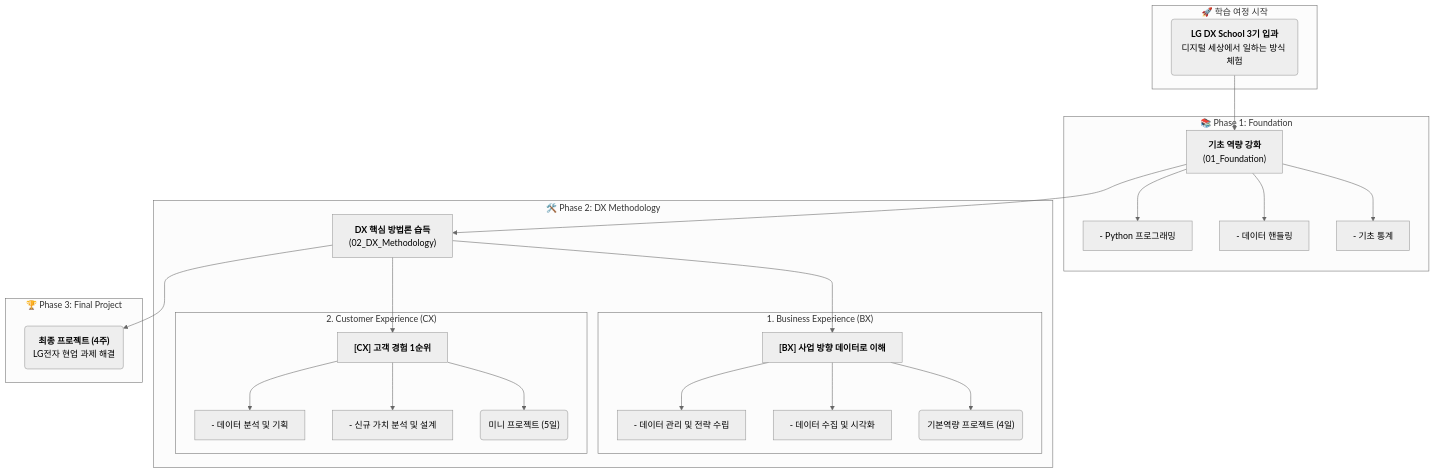
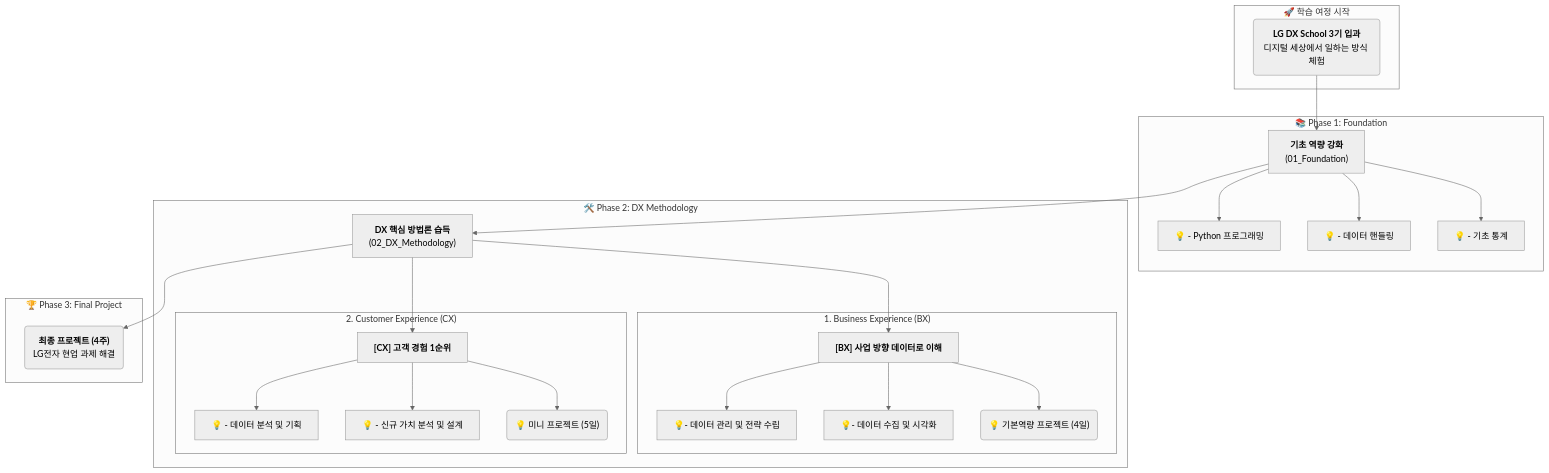
One commit to positivemultiplier/LG_DX_school changed the diagram in learning_roadmap.md. Above: the diagram before and after it, drawn with Mermaid (neutral theme).

Commit message:
style: Improve diagram readability with icons

````diff
--- a/learning_roadmap.md
+++ b/learning_roadmap.md
@@ -5,39 +5,39 @@
 ```mermaid
 graph TD
     subgraph "🚀 학습 여정 시작"
         A("<strong>LG DX School 3기 입과</strong><br/>디지털 세상에서 일하는 방식 체험")
     end
 
     subgraph "📚 Phase 1: Foundation"
         F["<strong>기초 역량 강화</strong><br/>(01_Foundation)"]
-        F --> F1["- Python 프로그래밍"]
-        F --> F2["- 데이터 핸들링"]
-        F --> F3["- 기초 통계"]
+        F --> F1["💡 - Python 프로그래밍"]
+        F --> F2["💡 - 데이터 핸들링"]
+        F --> F3["💡 - 기초 통계"]
     end
 
     subgraph "🛠️ Phase 2: DX Methodology"
         DX["<strong>DX 핵심 방법론 습득</strong><br/>(02_DX_Methodology)"]
         
         subgraph "1. Business Experience (BX)"
             B["<strong>[BX] 사업 방향 데이터로 이해</strong>"]
-            B --> B1["- 데이터 관리 및 전략 수립"]
-            B --> B2["- 데이터 수집 및 시각화"]
-            B --> P1("기본역량 프로젝트 (4일)")
+            B --> B1["💡- 데이터 관리 및 전략 수립"]
+            B --> B2["💡- 데이터 수집 및 시각화"]
+            B --> P1("💡 기본역량 프로젝트 (4일)")
         end
 
         subgraph "2. Customer Experience (CX)"
             C["<strong>[CX] 고객 경험 1순위</strong>"]
-            C --> C1["- 데이터 분석 및 기획"]
-            C --> C2["- 신규 가치 분석 및 설계"]
-            C --> P2("미니 프로젝트 (5일)")
+            C --> C1["💡 - 데이터 분석 및 기획"]
+            C --> C2["💡 - 신규 가치 분석 및 설계"]
+            C --> P2("💡 미니 프로젝트 (5일)")
         end
 
         DX --> B & C
     end
 
     subgraph "🏆 Phase 3: Final Project"
         D("<strong>최종 프로젝트 (4주)</strong><br/>LG전자 현업 과제 해결")
     end
 
     A --> F --> DX --> D
 ``` 
````
